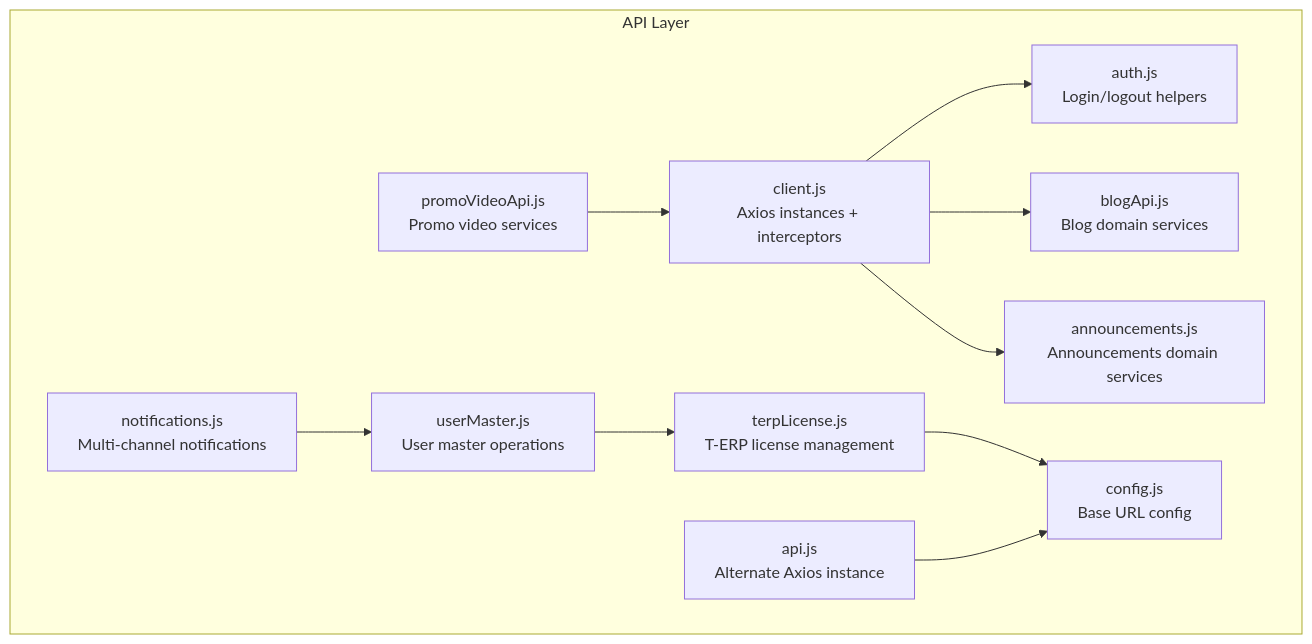
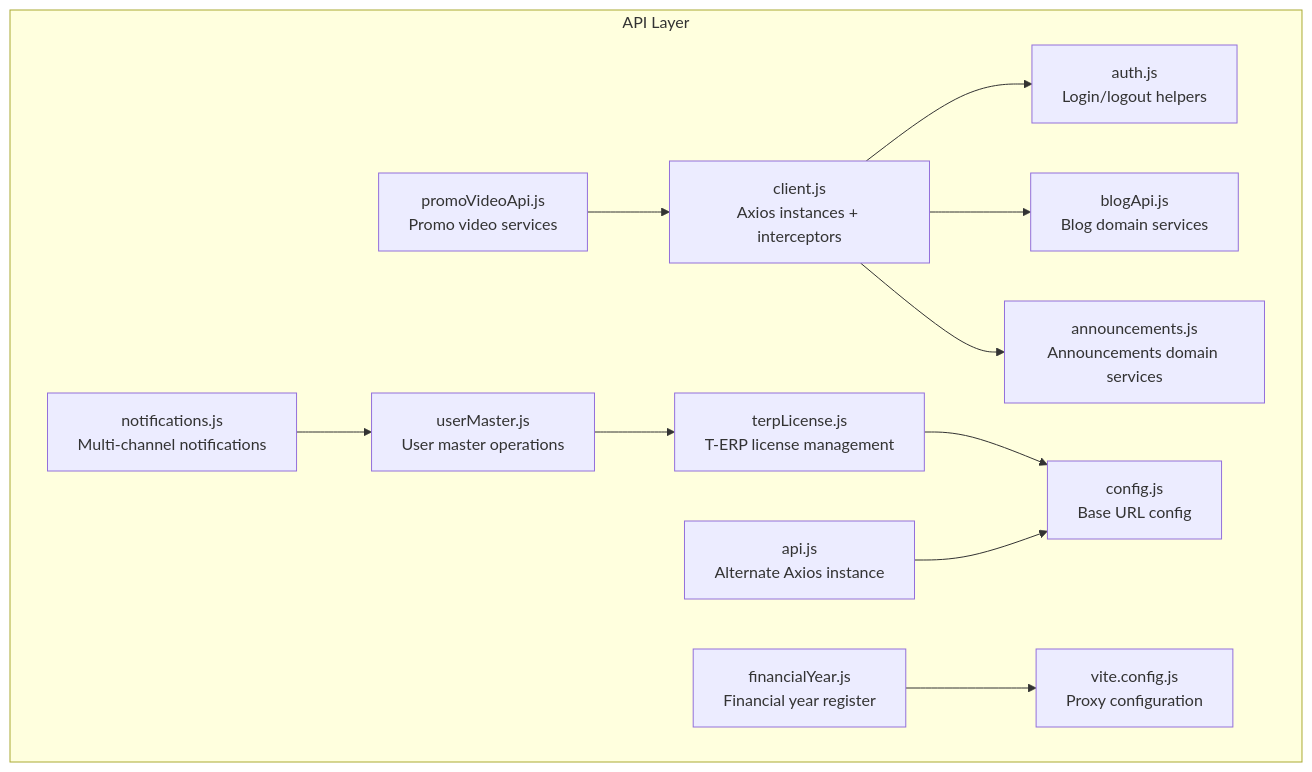
Before and after one commit to imcbsglobal/TRELLISCO_ERP_FRONTEND: the first of 13 diagrams in .qoder/repowiki/en/content/Application Architecture/API Integration Patterns.md, drawn with Mermaid. The commit also changed other lines of this file and 29 other files, not shown here.

````diff
--- a/.qoder/repowiki/en/content/Application Architecture/API Integration Patterns.md
+++ b/.qoder/repowiki/en/content/Application Architecture/API Integration Patterns.md
@@ -62,23 +67,26 @@
 ```mermaid
 graph TB
 subgraph "API Layer"
 Client["client.js<br/>Axios instances + interceptors"]
 ApiLegacy["api.js<br/>Alternate Axios instance"]
 Auth["auth.js<br/>Login/logout helpers"]
 Blog["blogApi.js<br/>Blog domain services"]
 Announcements["announcements.js<br/>Announcements domain services"]
 Promo["promoVideoApi.js<br/>Promo video services"]
 Terp["terpLicense.js<br/>T-ERP license management"]
 UserMaster["userMaster.js<br/>User master operations"]
 Notifications["notifications.js<br/>Multi-channel notifications"]
+FinancialYear["financialYear.js<br/>Financial year register"]
 Config["config.js<br/>Base URL config"]
+ViteConfig["vite.config.js<br/>Proxy configuration"]
 end
 Client --> Auth
 Client --> Blog
 Client --> Announcements
 Promo --> Client
 Terp --> Config
 UserMaster --> Terp
 Notifications --> UserMaster
+FinancialYear --> ViteConfig
 ApiLegacy --> Config
 ```
````
